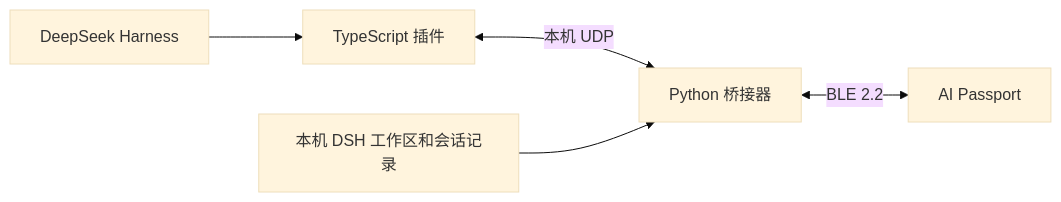
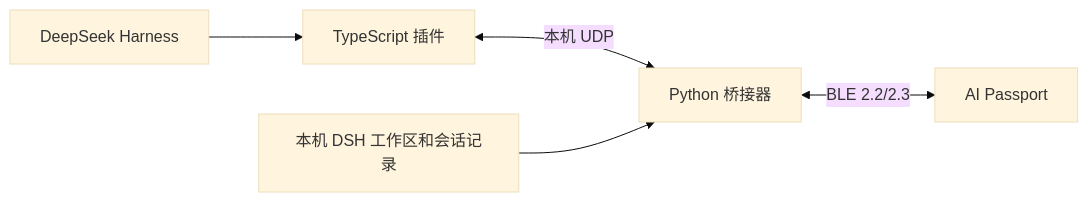
One commit to Mattewsx/harness-whale changed the diagram in docs/ARCHITECTURE.md. Above: the diagram before and after it, drawn with Mermaid (base theme). The commit also changed 47 other files, not shown here.

````diff
--- a/docs/ARCHITECTURE.md
+++ b/docs/ARCHITECTURE.md
@@ -3,7 +3,7 @@
 ```mermaid
 flowchart LR
   D[DeepSeek Harness] --> P[TypeScript 插件]
   P <-->|本机 UDP| B[Python 桥接器]
   H[本机 DSH 工作区和会话记录] --> B
-  B <-->|BLE 2.2| W[AI Passport]
+  B <-->|BLE 2.2/2.3| W[AI Passport]
 ```
````
